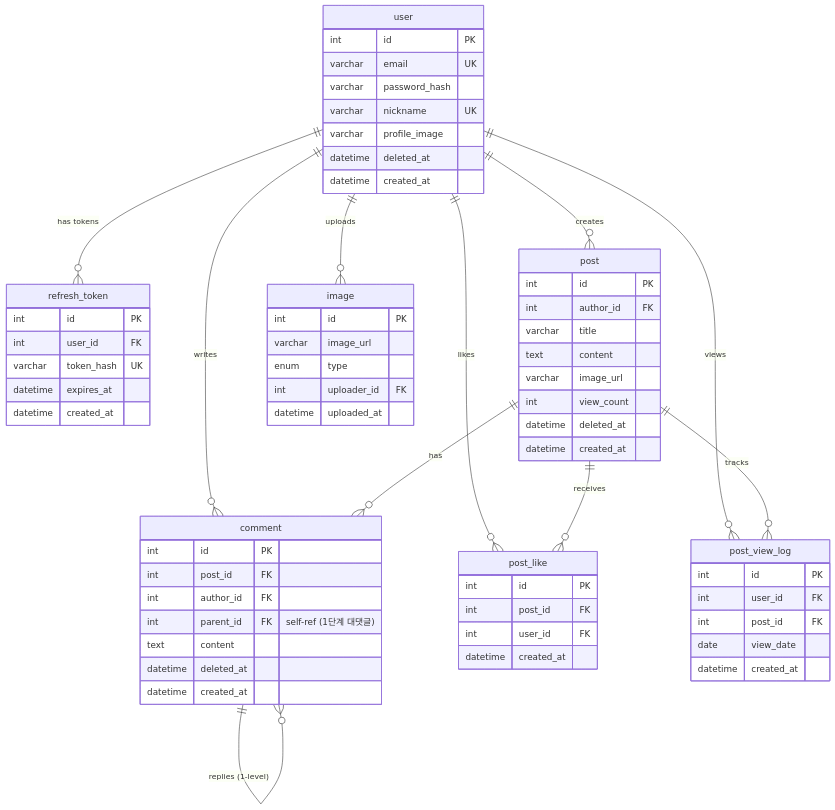
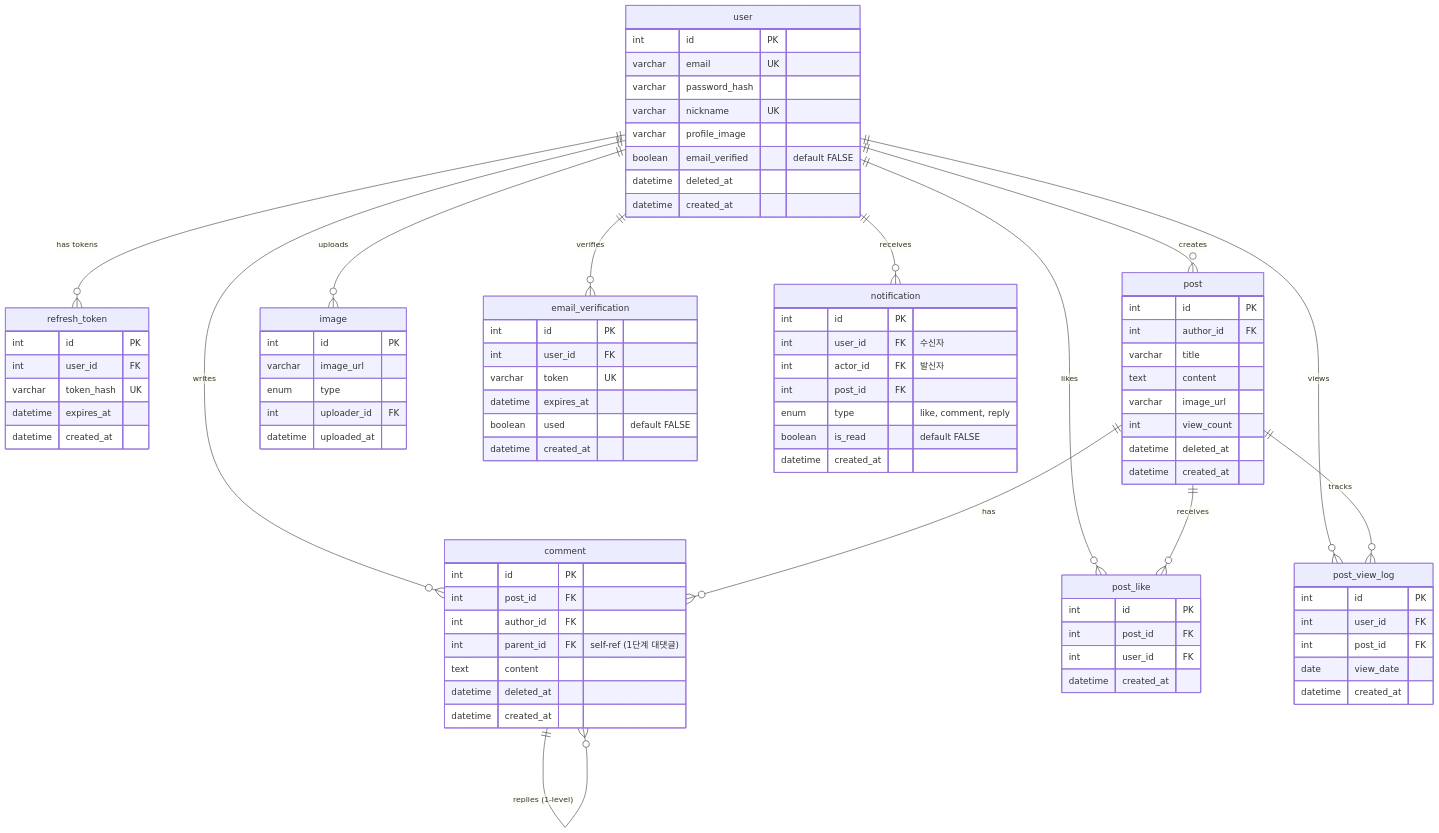
The second of 3 diagrams in README.md (revenantonthemission/2-cho-community-be), drawn with Mermaid before and after one commit. The commit also changed other lines of this file and 12 other files, not shown here.

````diff
--- a/README.md
+++ b/README.md
@@ -67,6 +71,8 @@
     user ||--o{ post_like : "likes"
     user ||--o{ image : "uploads"
     user ||--o{ post_view_log : "views"
+    user ||--o{ email_verification : "verifies"
+    user ||--o{ notification : "receives"
     post ||--o{ comment : "has"
     comment ||--o{ comment : "replies (1-level)"
     post ||--o{ post_like : "receives"
@@ -78,6 +84,7 @@
         varchar password_hash
         varchar nickname UK
         varchar profile_image
+        boolean email_verified "default FALSE"
         datetime deleted_at
         datetime created_at
     }
@@ -133,4 +140,23 @@
         date view_date
         datetime created_at
     }
+
+    email_verification {
+        int id PK
+        int user_id FK
+        varchar token UK
+        datetime expires_at
+        boolean used "default FALSE"
+        datetime created_at
+    }
+
+    notification {
+        int id PK
+        int user_id FK "수신자"
+        int actor_id FK "발신자"
+        int post_id FK
+        enum type "like, comment, reply"
+        boolean is_read "default FALSE"
+        datetime created_at
+    }
 ```
````
